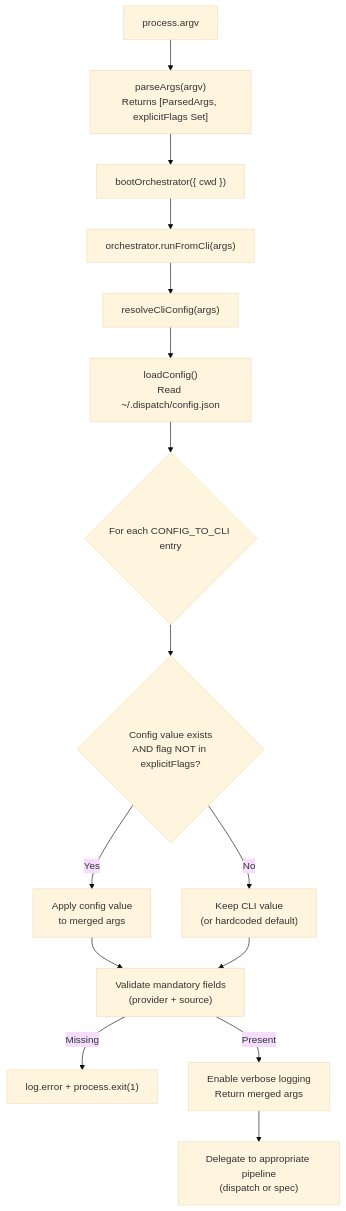
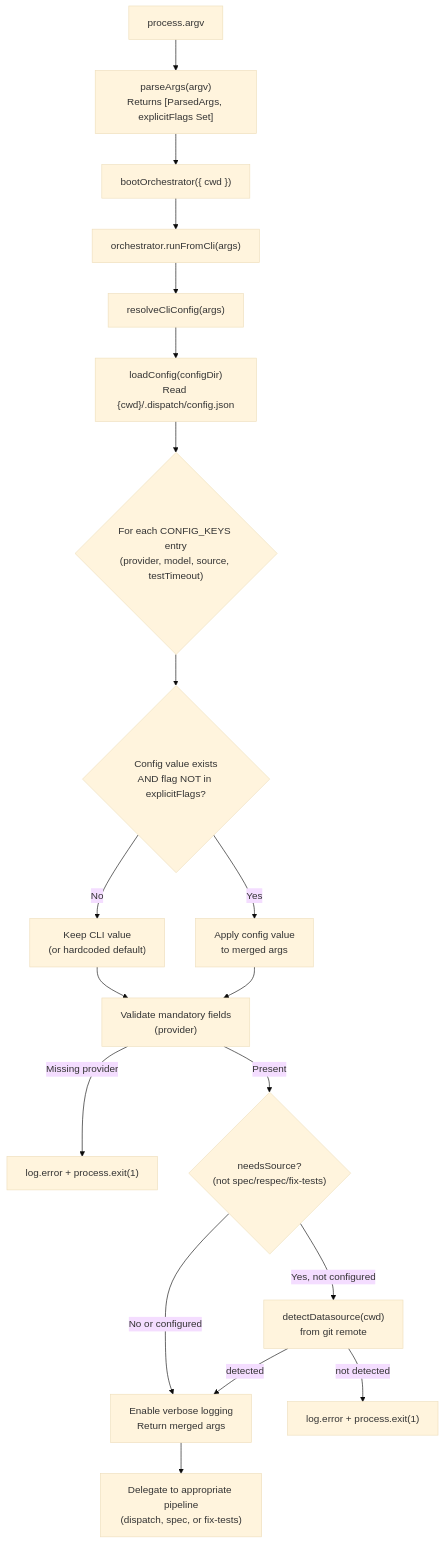
One commit to PatrickRuddiman/Dispatch changed the second of 2 diagrams in docs/cli-orchestration/configuration.md. Above: the diagram before and after it, drawn with Mermaid (base theme). The commit also changed other lines of this file and 51 other files, not shown here.

````diff
--- a/docs/cli-orchestration/configuration.md
+++ b/docs/cli-orchestration/configuration.md
@@ -188,21 +253,25 @@
 ```mermaid
 flowchart TD
     A["process.argv"] --> B["parseArgs(argv)<br/>Returns [ParsedArgs, explicitFlags Set]"]
     B --> C["bootOrchestrator({ cwd })"]
     C --> D["orchestrator.runFromCli(args)"]
     D --> E["resolveCliConfig(args)"]
 
-    E --> F["loadConfig()<br/>Read ~/.dispatch/config.json"]
-    F --> G{"For each CONFIG_TO_CLI entry"}
+    E --> F["loadConfig(configDir)<br/>Read {cwd}/.dispatch/config.json"]
+    F --> G{"For each CONFIG_KEYS entry<br/>(provider, model, source, testTimeout)"}
 
     G --> H{"Config value exists<br/>AND flag NOT in explicitFlags?"}
     H -->|Yes| I["Apply config value<br/>to merged args"]
     H -->|No| J["Keep CLI value<br/>(or hardcoded default)"]
 
-    I --> K["Validate mandatory fields<br/>(provider + source)"]
+    I --> K["Validate mandatory fields<br/>(provider)"]
     J --> K
 
-    K -->|Missing| L["log.error + process.exit(1)"]
-    K -->|Present| M["Enable verbose logging<br/>Return merged args"]
-    M --> N["Delegate to appropriate pipeline<br/>(dispatch or spec)"]
+    K -->|Missing provider| L["log.error + process.exit(1)"]
+    K -->|Present| K2{"needsSource?<br/>(not spec/respec/fix-tests)"}
+    K2 -->|Yes, not configured| K3["detectDatasource(cwd)<br/>from git remote"]
+    K3 -->|detected| M["Enable verbose logging<br/>Return merged args"]
+    K3 -->|not detected| L2["log.error + process.exit(1)"]
+    K2 -->|No or configured| M
+    M --> N["Delegate to appropriate pipeline<br/>(dispatch, spec, or fix-tests)"]
 ```
````
